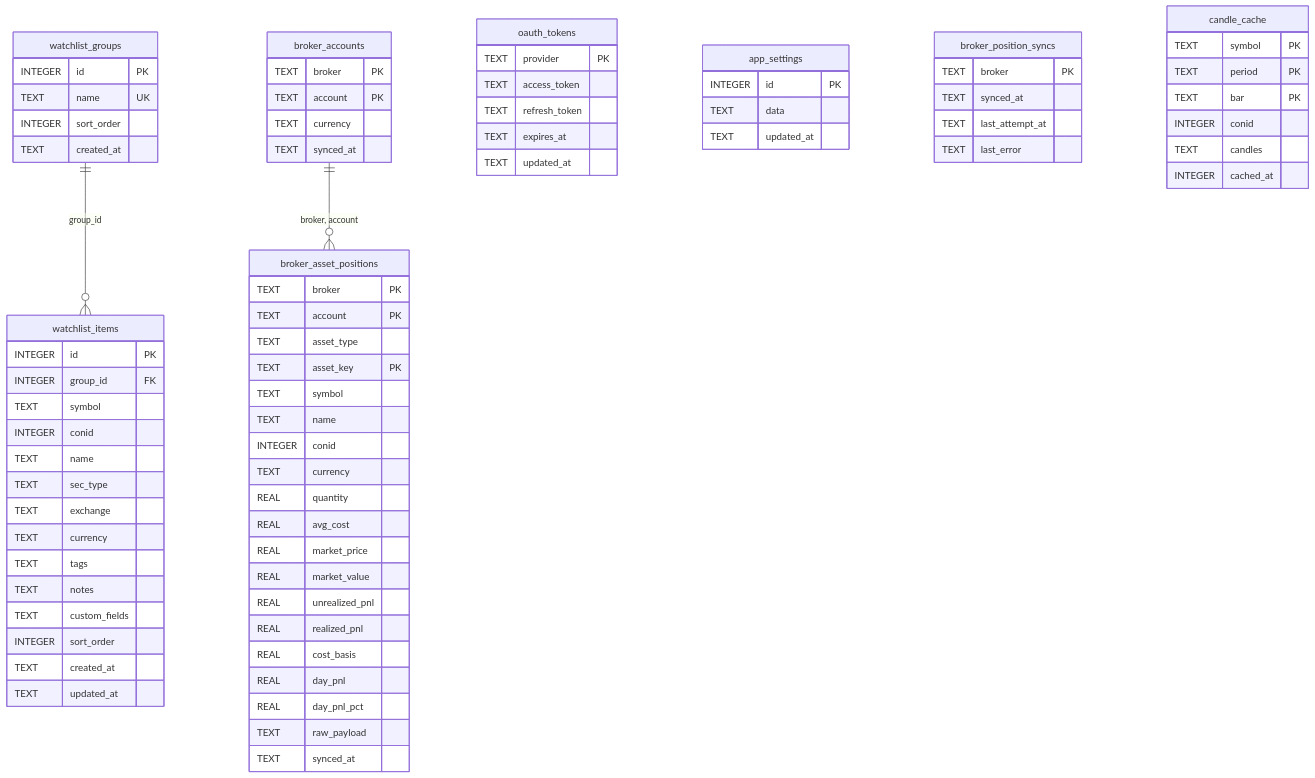
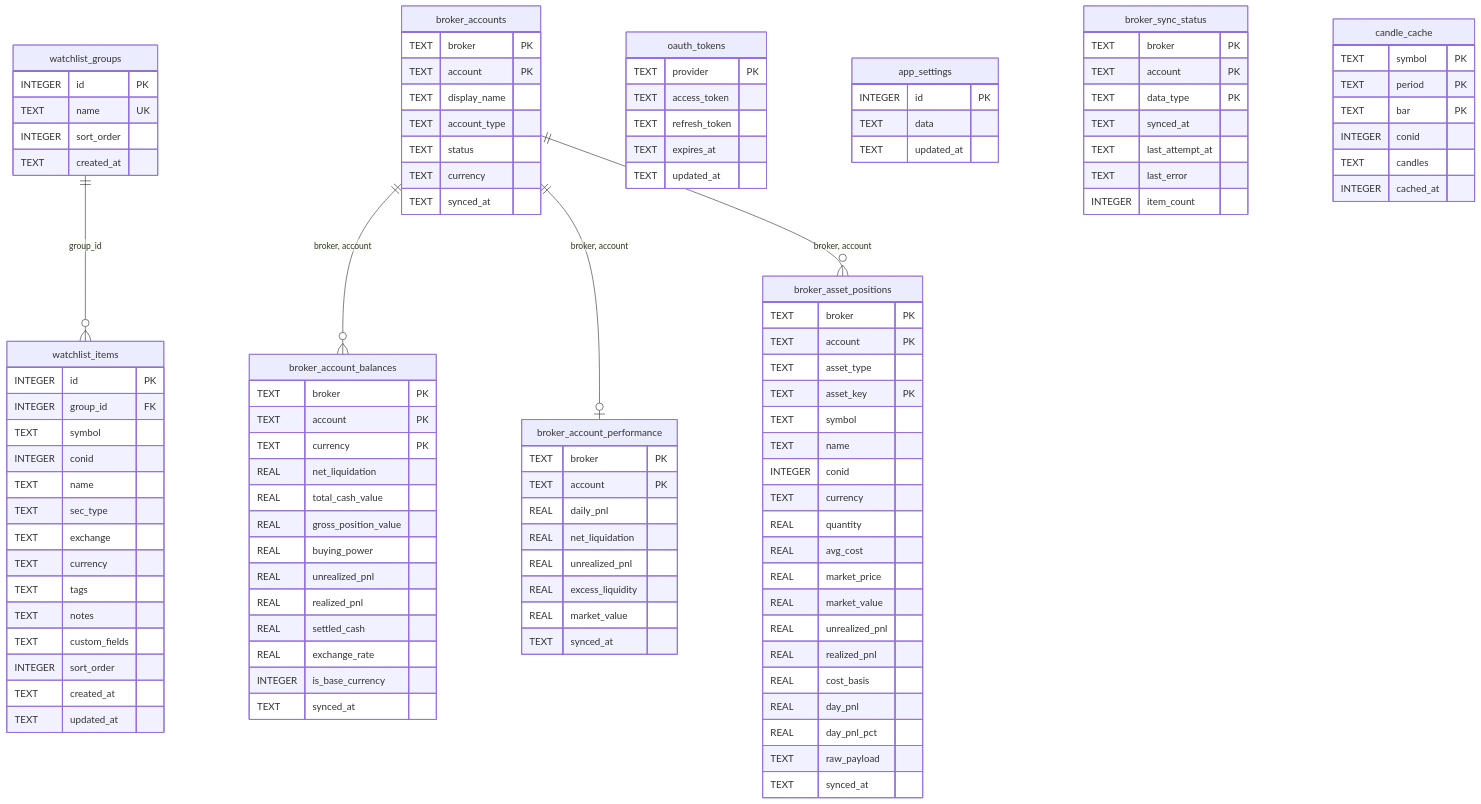
Before and after one commit to nite0x/traio: the diagram in docs/database-schema.md, drawn with Mermaid. The commit also changed other lines of this file and 35 other files, not shown here.

Commit message:
feat: add account-scoped IBKR broker sync

````diff
--- a/docs/database-schema.md
+++ b/docs/database-schema.md
@@ -29,6 +31,8 @@
 ```mermaid
 erDiagram
     watchlist_groups ||--o{ watchlist_items : "group_id"
+    broker_accounts ||--o{ broker_account_balances : "broker, account"
+    broker_accounts ||--o| broker_account_performance : "broker, account"
     broker_accounts ||--o{ broker_asset_positions : "broker, account"
 
     watchlist_groups {
@@ -72,7 +76,37 @@
     broker_accounts {
         TEXT broker PK
         TEXT account PK
+        TEXT display_name
+        TEXT account_type
+        TEXT status
         TEXT currency
+        TEXT synced_at
+    }
+
+    broker_account_balances {
+        TEXT broker PK
+        TEXT account PK
+        TEXT currency PK
+        REAL net_liquidation
+        REAL total_cash_value
+        REAL gross_position_value
+        REAL buying_power
+        REAL unrealized_pnl
+        REAL realized_pnl
+        REAL settled_cash
+        REAL exchange_rate
+        INTEGER is_base_currency
+        TEXT synced_at
+    }
+
+    broker_account_performance {
+        TEXT broker PK
+        TEXT account PK
+        REAL daily_pnl
+        REAL net_liquidation
+        REAL unrealized_pnl
+        REAL excess_liquidity
+        REAL market_value
         TEXT synced_at
     }
 
@@ -98,11 +132,14 @@
         TEXT synced_at
     }
 
-    broker_position_syncs {
+    broker_sync_status {
         TEXT broker PK
+        TEXT account PK
+        TEXT data_type PK
         TEXT synced_at
         TEXT last_attempt_at
         TEXT last_error
+        INTEGER item_count
     }
 
     candle_cache {
````
